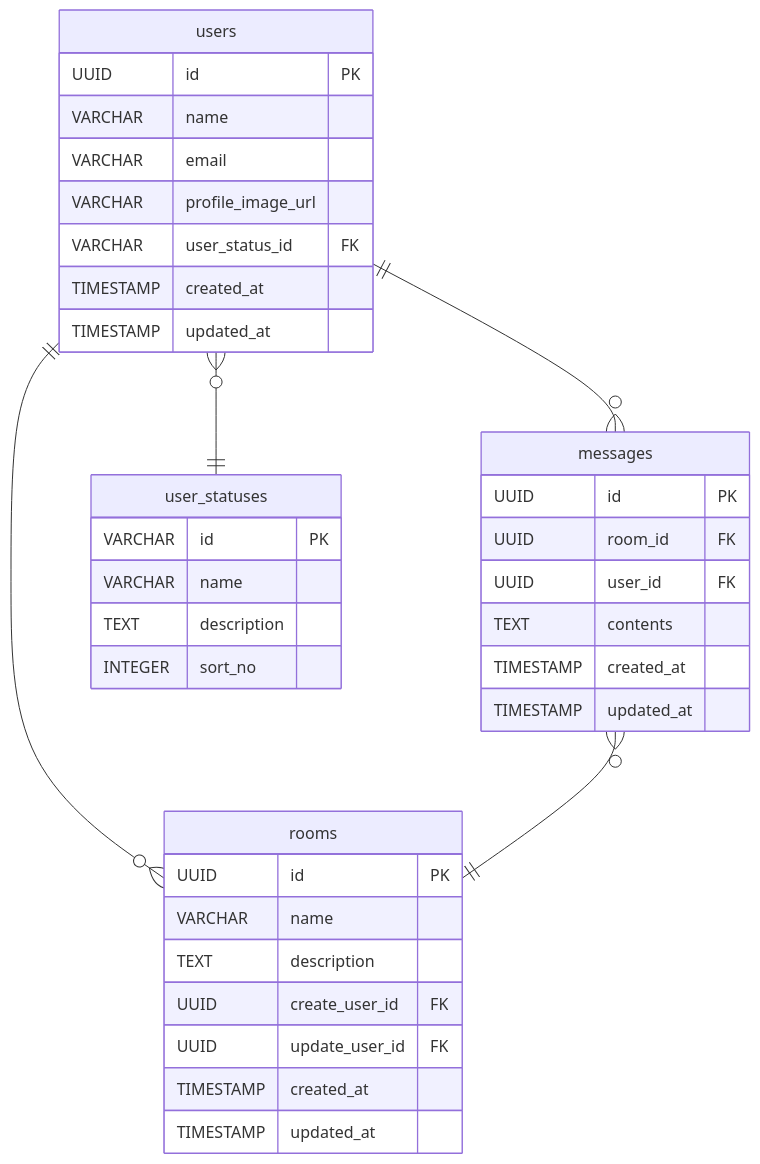
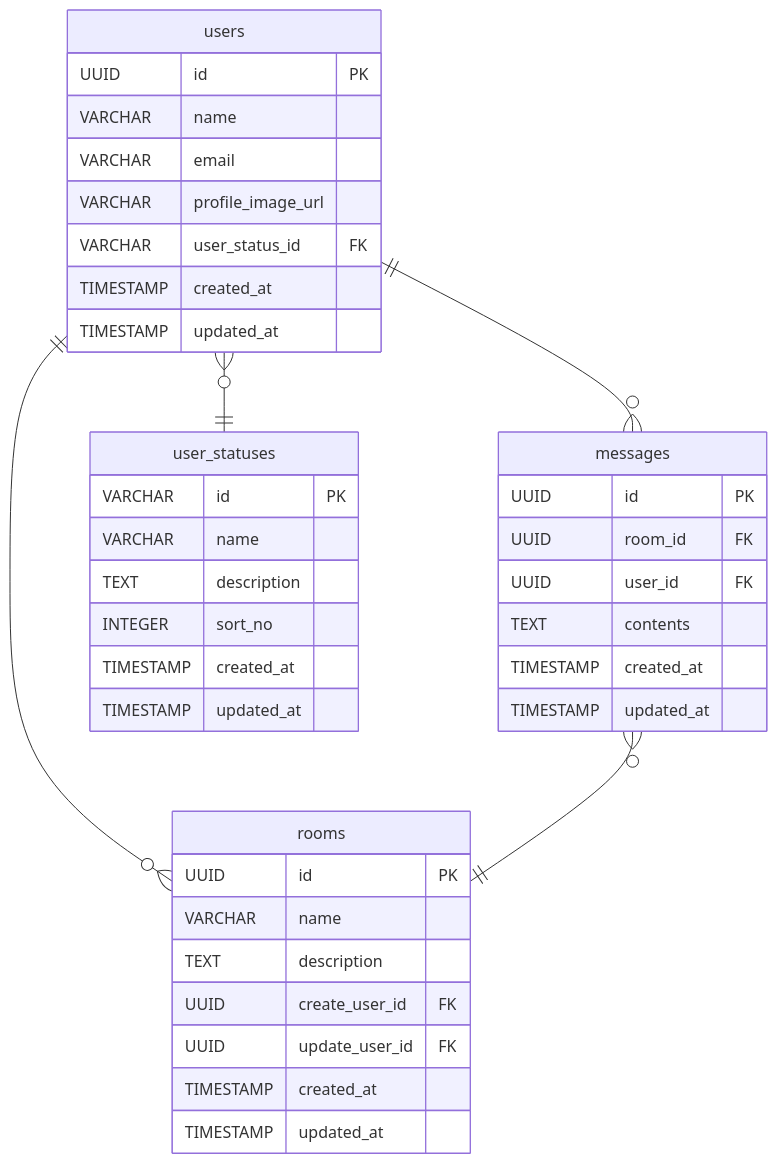
One commit to masuoka-hcompany/chat-app changed the diagram in docs/DB設計/DB設計.md. Above: the diagram before and after it, drawn with Mermaid.

Commit message:
ER図側に作成日時・更新日時を付与するのを忘れていたので追加

````diff
--- a/docs/DB設計/DB設計.md
+++ b/docs/DB設計/DB設計.md
@@ -82,45 +82,47 @@
 ```mermaid
 erDiagram
   %% リレーション定義
   users 1--0+ messages : ""
   users 1--0+ rooms : ""
   users 0+--1 user_statuses : ""
   messages 0+--1 rooms : ""
 
   users {
     UUID id PK
     VARCHAR name
     VARCHAR email
     VARCHAR profile_image_url
     VARCHAR user_status_id FK
     TIMESTAMP created_at
     TIMESTAMP updated_at
   }
 
   user_statuses {
     VARCHAR id PK
     VARCHAR name
     TEXT description
     INTEGER sort_no
+    TIMESTAMP created_at
+    TIMESTAMP updated_at
   }
 
   rooms {
     UUID id PK
     VARCHAR name
     TEXT description
     UUID create_user_id FK
     UUID update_user_id FK
     TIMESTAMP created_at
     TIMESTAMP updated_at
   }
 
   messages {
     UUID id PK
     UUID room_id FK
     UUID user_id FK
     TEXT contents
     TIMESTAMP created_at
     TIMESTAMP updated_at
   }
 
 ```
````
